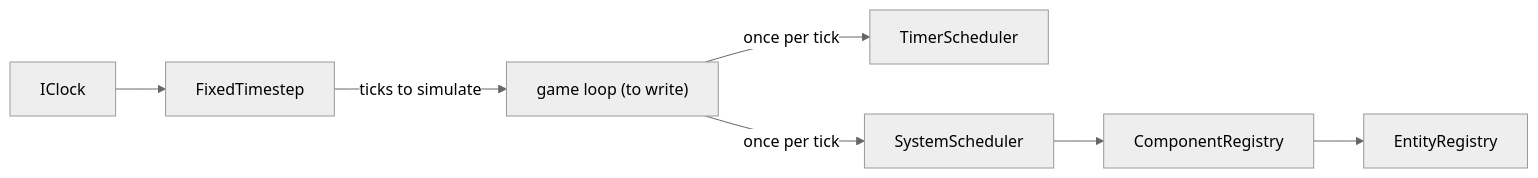
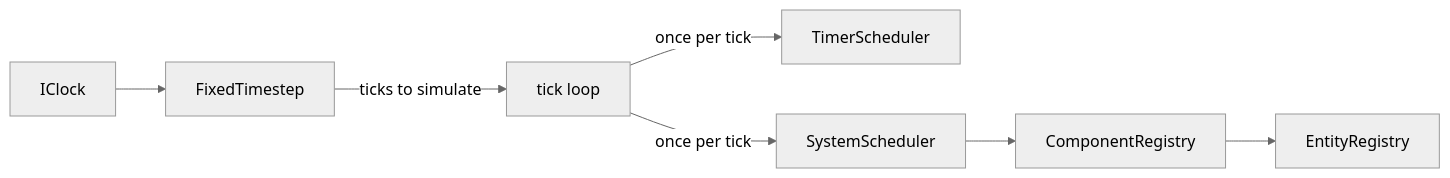
One commit to nique-epi/R-Type changed the diagram in docs/src/content/docs/engine.md. Above: the diagram before and after it, drawn with Mermaid (neutral theme). The commit also changed other lines of this file and 2 other files, not shown here.

````diff
--- a/docs/src/content/docs/engine.md
+++ b/docs/src/content/docs/engine.md
@@ -22,9 +22,9 @@
 ```mermaid
 flowchart LR
   Clock[IClock] --> Step[FixedTimestep]
-  Step -- "ticks to simulate" --> Loop["game loop (to write)"]
+  Step -- "ticks to simulate" --> Loop["tick loop"]
   Loop -- "once per tick" --> Timers[TimerScheduler]
   Loop -- "once per tick" --> Systems[SystemScheduler]
   Systems --> Components[ComponentRegistry]
   Components --> Entities[EntityRegistry]
 ```
````
